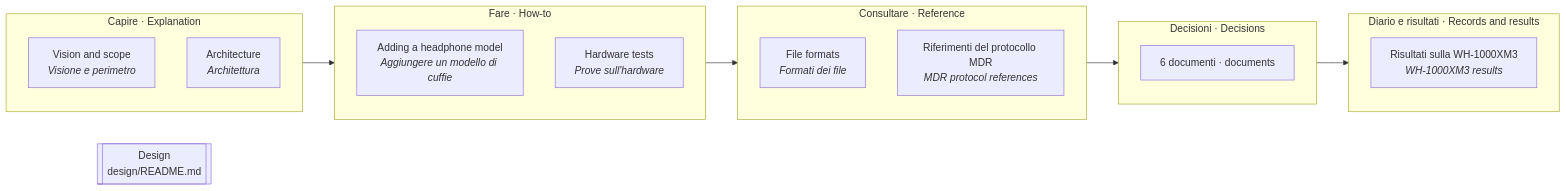
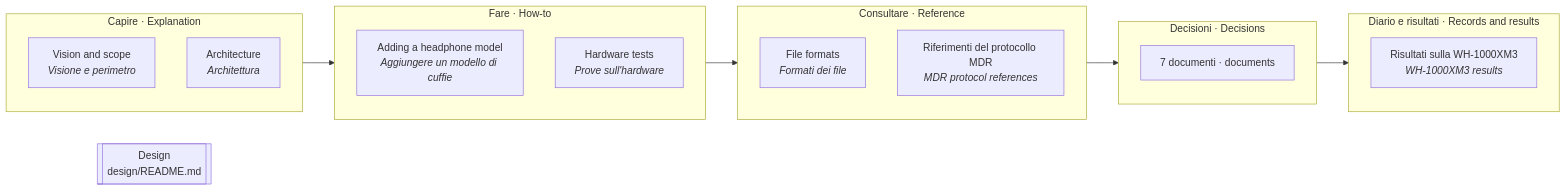
One commit to dooperdrew/knurl-probe changed the diagram in docs/README.md. Above: the diagram before and after it, drawn with Mermaid. The commit also changed other lines of this file and 8 other files, not shown here.

````diff
--- a/docs/README.md
+++ b/docs/README.md
@@ -9,26 +9,26 @@
 ```mermaid
 flowchart LR
   design[["Design<br/>design/README.md"]]
   subgraph explanation["Capire · Explanation"]
     d0["Vision and scope<br/><i>Visione e perimetro</i>"]
     d1["Architecture<br/><i>Architettura</i>"]
   end
   subgraph how_to["Fare · How-to"]
     d2["Adding a headphone model<br/><i>Aggiungere un modello di cuffie</i>"]
     d3["Hardware tests<br/><i>Prove sull'hardware</i>"]
   end
   subgraph reference["Consultare · Reference"]
     d4["File formats<br/><i>Formati dei file</i>"]
     d5["Riferimenti del protocollo MDR<br/><i>MDR protocol references</i>"]
   end
   subgraph decision["Decisioni · Decisions"]
-    d6["6 documenti · documents"]
+    d6["7 documenti · documents"]
   end
   subgraph record["Diario e risultati · Records and results"]
     d7["Risultati sulla WH-1000XM3<br/><i>WH-1000XM3 results</i>"]
   end
   explanation --> how_to
   how_to --> reference
   reference --> decision
   decision --> record
 ```
````
